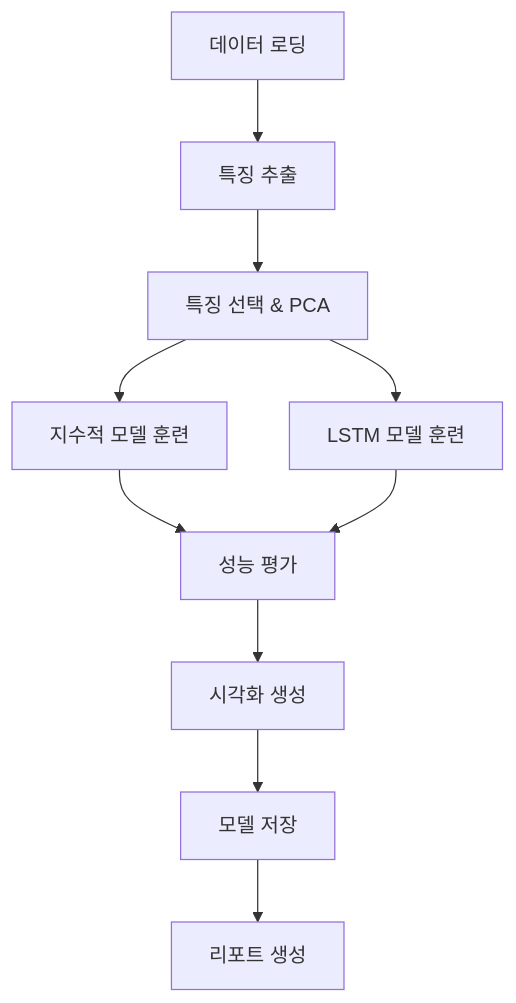
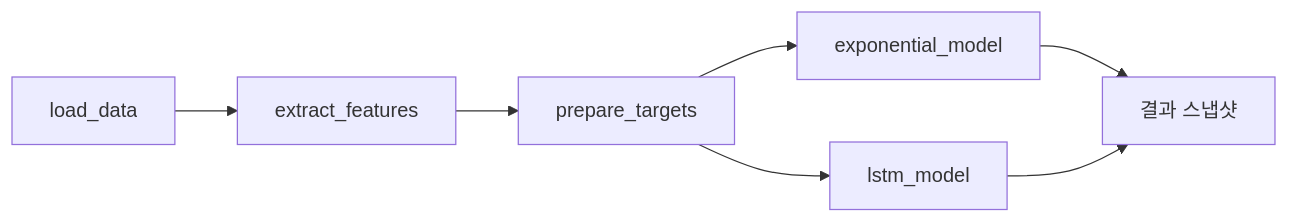
The diagram in README.md (duck3244/wind-turbine-rul-prediction), drawn with Mermaid before and after one commit. The commit also changed other lines of this file and 57 other files, not shown here.

````diff
--- a/README.md
+++ b/README.md
@@ -146,12 +139,9 @@
 ```mermaid
-graph TD
-    A[데이터 로딩] --> B[특징 추출]
-    B --> C[특징 선택 & PCA]
-    C --> D[지수적 모델 훈련]
-    C --> E[LSTM 모델 훈련]
-    D --> F[성능 평가]
-    E --> F
-    F --> G[시각화 생성]
-    G --> H[모델 저장]
-    H --> I[리포트 생성]
+flowchart LR
+  A[load_data] --> B[extract_features]
+  B --> C[prepare_targets]
+  C --> D[exponential_model]
+  C --> E[lstm_model]
+  D --> F[결과 스냅샷]
+  E --> F
 ```
````
